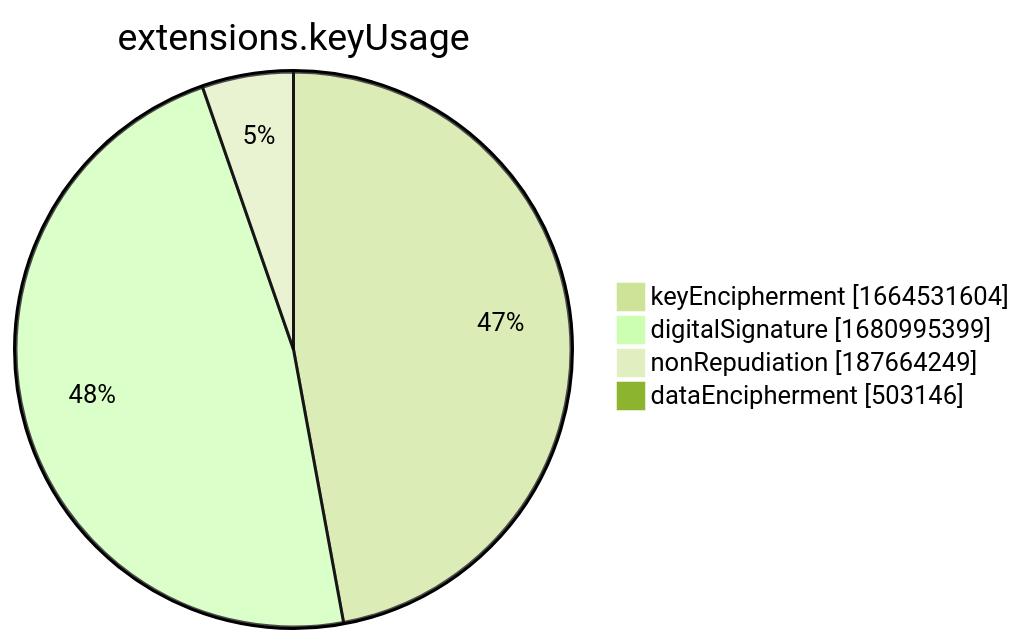
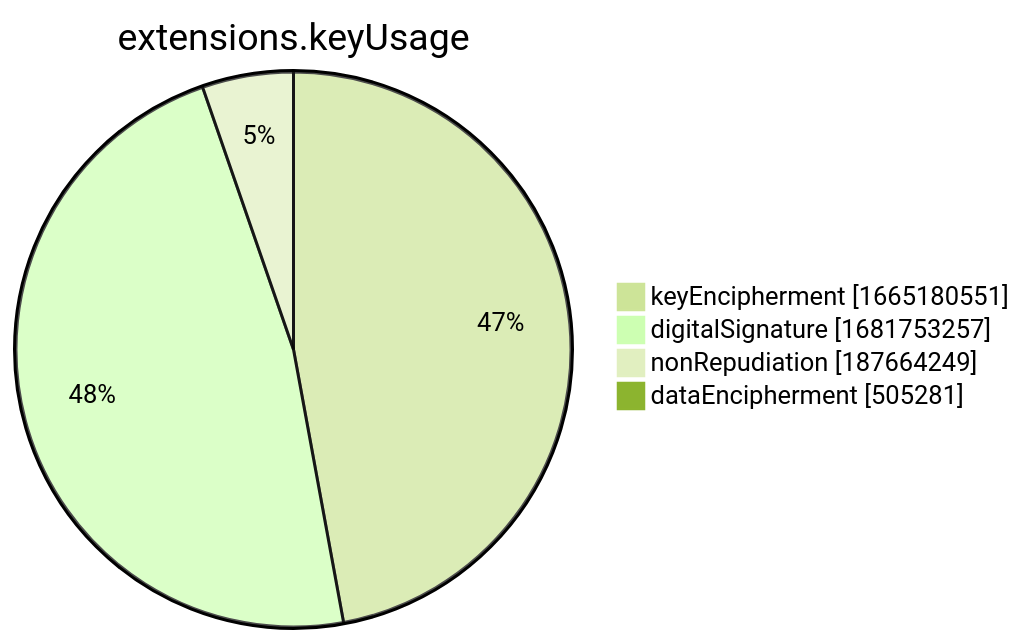
The seventh of 15 diagrams in xenon2022/README.md (christiankrug/ctmonitor_visualization), drawn with Mermaid (forest theme) before and after one commit. The commit also changed other lines of this file, not shown here.

````diff
--- a/xenon2022/README.md
+++ b/xenon2022/README.md
@@ -2857,8 +2857,8 @@
 ```mermaid
 pie showData
 title extensions.keyUsage
-"keyEncipherment" :1664531604
-"digitalSignature" :1680995399
+"keyEncipherment" :1665180551
+"digitalSignature" :1681753257
 "nonRepudiation" :187664249
-"dataEncipherment" :503146
+"dataEncipherment" :505281
 ```
````
